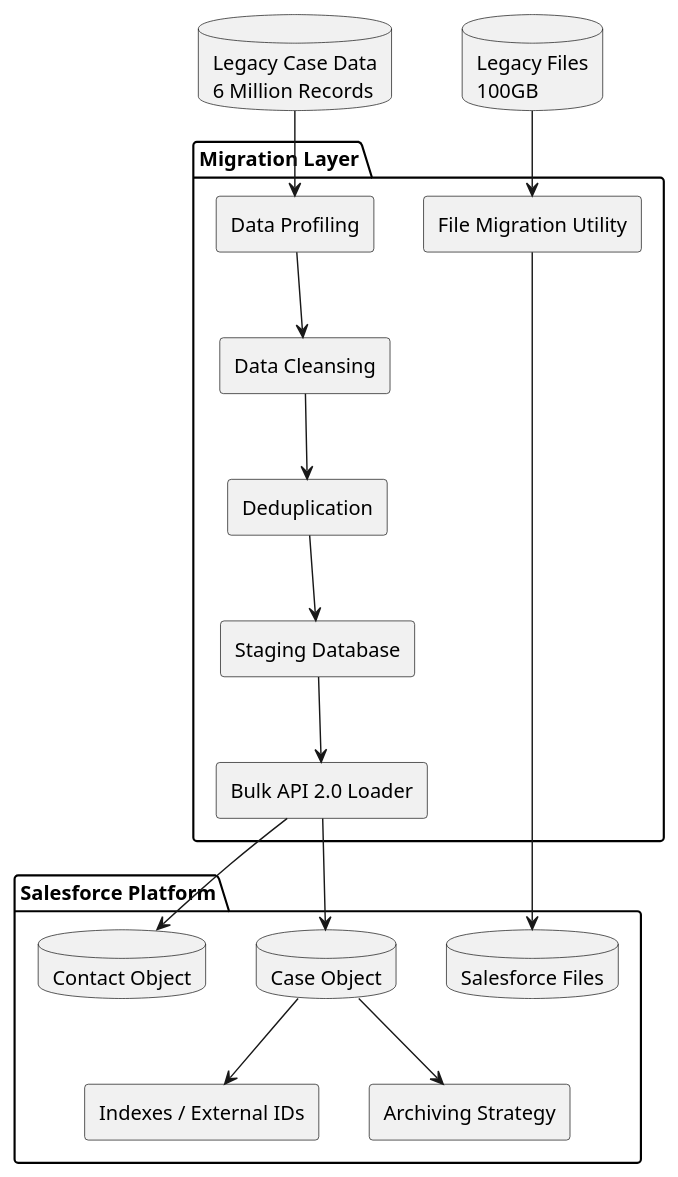
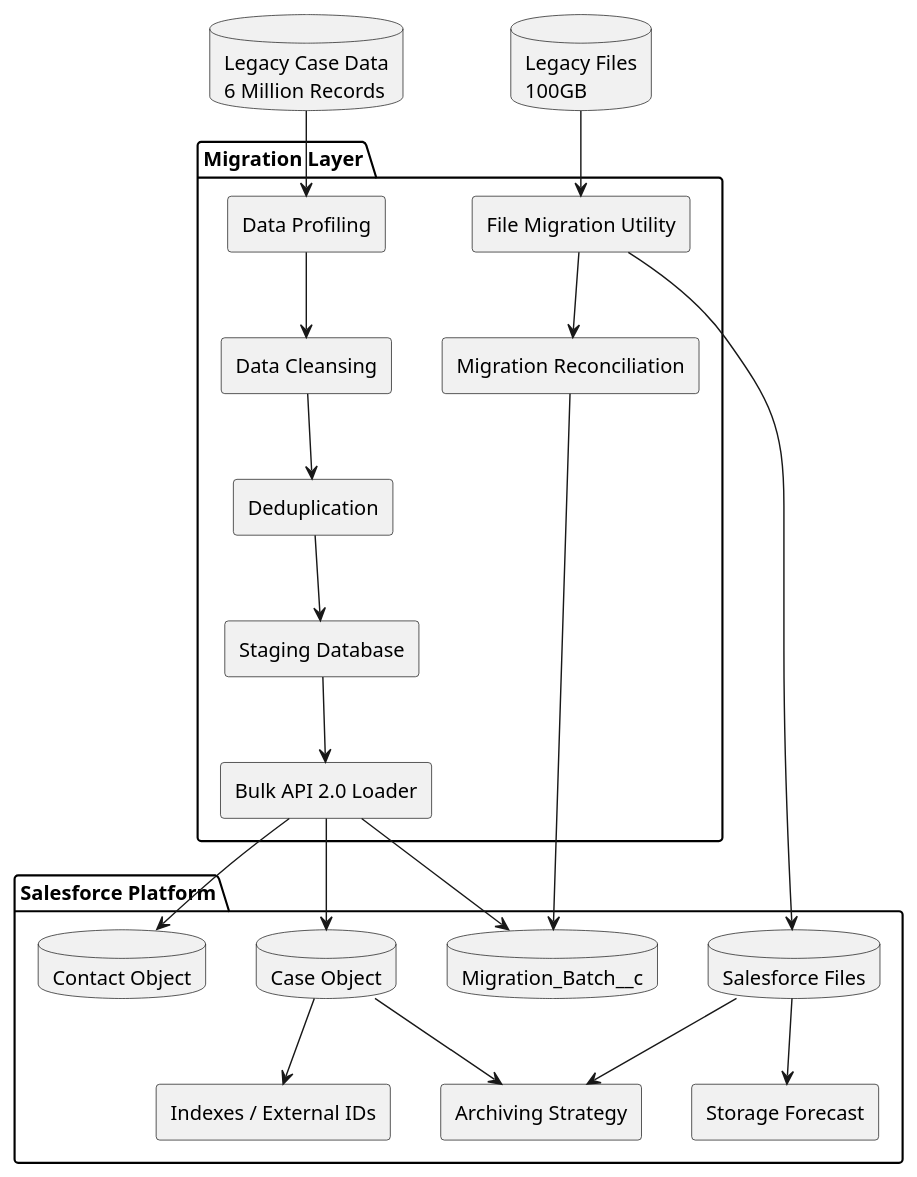
Before and after one commit to jimmytobing/virtusa: the diagram in puml task2/6. Large Data Volume and File Storage Strategy.puml, drawn with PlantUML. The commit also changed 31 other files, not shown here.

```diff
--- a/puml task2/6. Large Data Volume and File Storage Strategy.puml
+++ b/puml task2/6. Large Data Volume and File Storage Strategy.puml
@@ -1,39 +1,47 @@
 @startuml
 skinparam componentStyle rectangle
 
 database "Legacy Case Data\n6 Million Records" as LegacyCases
 database "Legacy Files\n100GB" as LegacyFiles
 
 package "Migration Layer" {
   [Data Profiling]
   [Data Cleansing]
   [Deduplication]
   [Staging Database]
   [Bulk API 2.0 Loader]
   [File Migration Utility]
+  [Migration Reconciliation]
 }
 
 package "Salesforce Platform" {
   database "Case Object" as CaseObj
   database "Contact Object" as ContactObj
   database "Salesforce Files" as Files
+  database "Migration_Batch__c" as MigrationBatch
   [Indexes / External IDs]
   [Archiving Strategy]
+  [Storage Forecast]
 }
 
 LegacyCases --> [Data Profiling]
 LegacyFiles --> [File Migration Utility]
 
 [Data Profiling] --> [Data Cleansing]
 [Data Cleansing] --> [Deduplication]
 [Deduplication] --> [Staging Database]
 [Staging Database] --> [Bulk API 2.0 Loader]
 
 [Bulk API 2.0 Loader] --> ContactObj
 [Bulk API 2.0 Loader] --> CaseObj
 [File Migration Utility] --> Files
+[Bulk API 2.0 Loader] --> MigrationBatch
+[File Migration Utility] --> [Migration Reconciliation]
+[Migration Reconciliation] --> MigrationBatch
 
 CaseObj --> [Indexes / External IDs]
 CaseObj --> [Archiving Strategy]
+Files --> [Storage Forecast]
+Files --> [Archiving Strategy]
 
 @enduml
```
